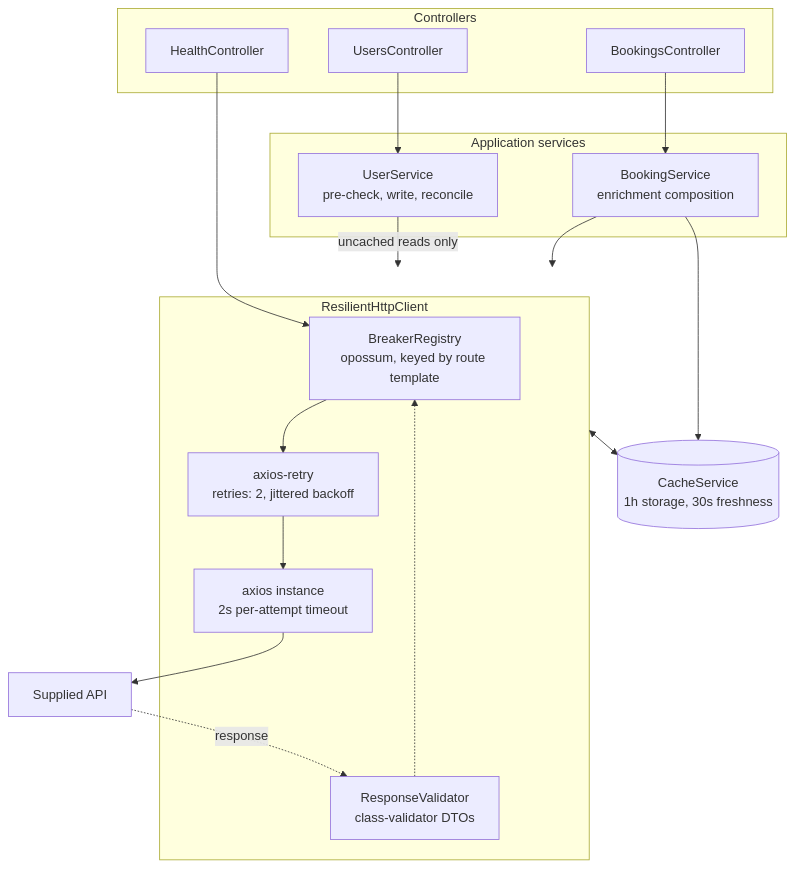
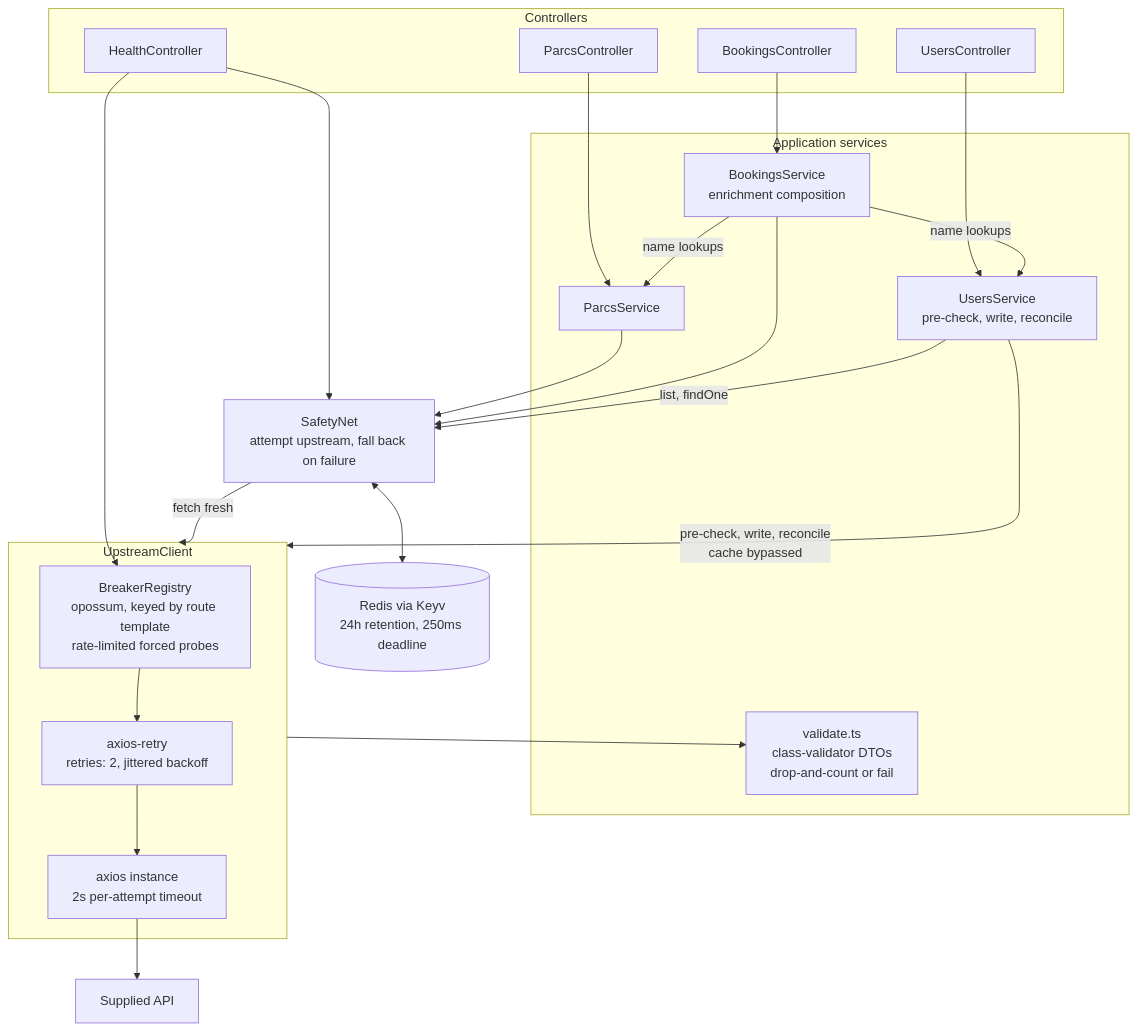
Before and after one commit to mike623/engineering-test: the third of 5 diagrams in docs/architecture.md, drawn with Mermaid. The commit also changed other lines of this file and 3 other files, not shown here.

First line of the commit message:
Update the diagrams and records to shipped names, and stop a flaky test

````diff
--- a/docs/architecture.md
+++ b/docs/architecture.md
@@ -70,36 +70,44 @@
 ```mermaid
 flowchart TB
     subgraph controllers["Controllers"]
+        pc["ParcsController"]
         uc["UsersController"]
         bc["BookingsController"]
         hc["HealthController"]
     end
 
     subgraph services["Application services"]
-        us["UserService<br/>pre-check, write, reconcile"]
-        bs["BookingService<br/>enrichment composition"]
+        ps["ParcsService"]
+        us["UsersService<br/>pre-check, write, reconcile"]
+        bs["BookingsService<br/>enrichment composition"]
+        validate["validate.ts<br/>class-validator DTOs<br/>drop-and-count or fail"]
     end
 
-    subgraph http["ResilientHttpClient"]
-        breaker["BreakerRegistry<br/>opossum, keyed by route template"]
+    subgraph client["UpstreamClient"]
+        breaker["BreakerRegistry<br/>opossum, keyed by route template<br/>rate-limited forced probes"]
         retry["axios-retry<br/>retries: 2, jittered backoff"]
         axios["axios instance<br/>2s per-attempt timeout"]
-        validate["ResponseValidator<br/>class-validator DTOs"]
     end
 
-    cache[("CacheService<br/>1h storage, 30s freshness")]
+    net["SafetyNet<br/>attempt upstream, fall back on failure"]
+    cache[("Redis via Keyv<br/>24h retention, 250ms deadline")]
     upstream["Supplied API"]
 
+    pc --> ps
     uc --> us
     bc --> bs
     hc --> breaker
-    us -->|"uncached reads only"| http
-    bs --> http
-    bs --> cache
-    http <--> cache
+    hc --> net
+    ps --> net
+    bs --> net
+    bs -->|"name lookups"| us
+    bs -->|"name lookups"| ps
+    us -->|"list, findOne"| net
+    us -->|"pre-check, write, reconcile<br/>cache bypassed"| client
+    net -->|"fetch fresh"| client
+    net <--> cache
+    client --> validate
     breaker --> retry
     retry --> axios
     axios --> upstream
-    upstream -.->|"response"| validate
-    validate -.-> breaker
 ```
````
